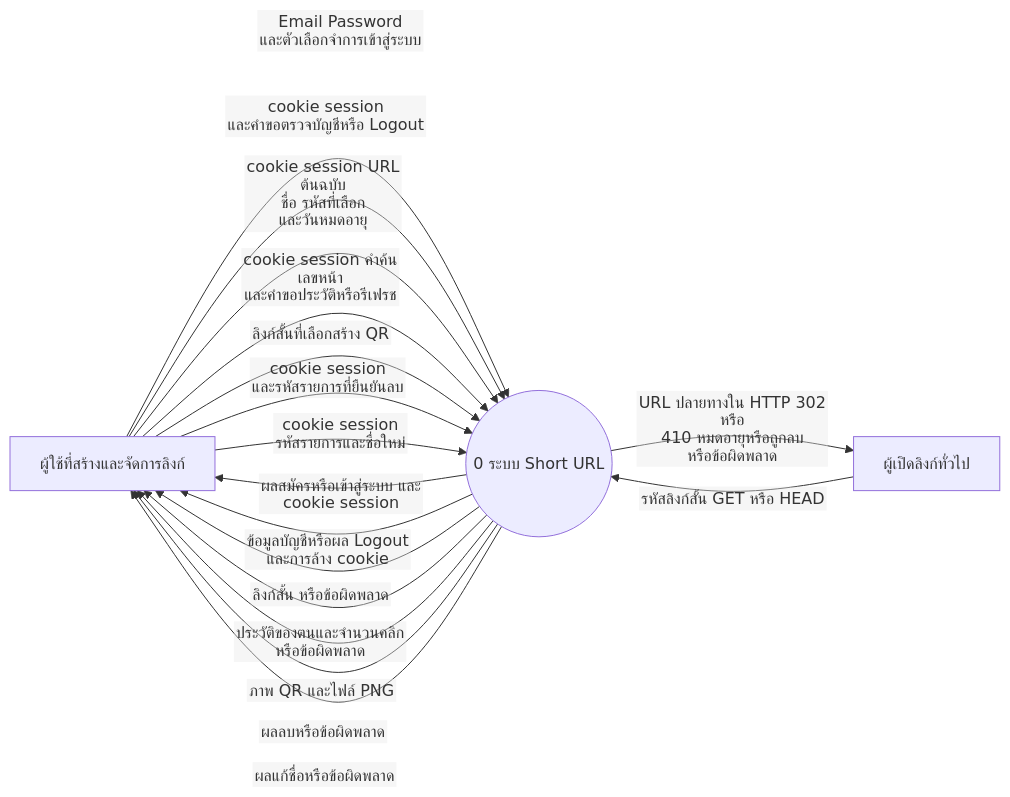
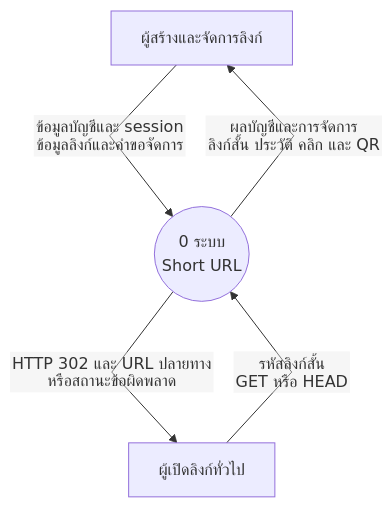
Before and after one commit to Nawaphon05/Short-Url: the first of 3 diagrams in docs/DFD.md, drawn with Mermaid. The commit also changed other lines of this file, not shown here.

Commit message:
จัด Context Diagram ให้อ่านง่ายและลดเส้นซ้อน

````diff
--- a/docs/DFD.md
+++ b/docs/DFD.md
@@ -10,23 +10,12 @@
 ```mermaid
-%%{init: {"flowchart": {"htmlLabels": false}}}%%
-flowchart LR
-    U["ผู้ใช้ที่สร้างและจัดการลิงก์"]
+%%{init: {"flowchart": {"htmlLabels": false, "curve": "linear", "nodeSpacing": 70, "rankSpacing": 100}}}%%
+flowchart TB
+    U["ผู้สร้างและจัดการลิงก์"]
+    P(("0 ระบบ<br/>Short URL"))
     V["ผู้เปิดลิงก์ทั่วไป"]
-    P(("0 ระบบ Short URL"))
-    U -->|"Email Password<br/>และตัวเลือกจำการเข้าสู่ระบบ"| P
-    P -->|"ผลสมัครหรือเข้าสู่ระบบ และ<br/>cookie session"| U
-    U -->|"cookie session<br/>และคำขอตรวจบัญชีหรือ Logout"| P
-    P -->|"ข้อมูลบัญชีหรือผล Logout<br/>และการล้าง cookie"| U
-    U -->|"cookie session URL ต้นฉบับ<br/>ชื่อ รหัสที่เลือก<br/>และวันหมดอายุ"| P
-    P -->|"ลิงก์สั้น หรือข้อผิดพลาด"| U
-    U -->|"cookie session คำค้น<br/>เลขหน้า<br/>และคำขอประวัติหรือรีเฟรช"| P
-    P -->|"ประวัติของตนและจำนวนคลิก<br/>หรือข้อผิดพลาด"| U
-    U -->|"ลิงก์สั้นที่เลือกสร้าง QR"| P
-    P -->|"ภาพ QR และไฟล์ PNG"| U
-    U -->|"cookie session<br/>และรหัสรายการที่ยืนยันลบ"| P
-    P -->|"ผลลบหรือข้อผิดพลาด"| U
-    U -->|"cookie session<br/>รหัสรายการและชื่อใหม่"| P
-    P -->|"ผลแก้ชื่อหรือข้อผิดพลาด"| U
-    V -->|"รหัสลิงก์สั้น GET หรือ HEAD"| P
-    P -->|"URL ปลายทางใน HTTP 302 หรือ<br/>410 หมดอายุหรือถูกลบ<br/>หรือข้อผิดพลาด"| V
+
+    U -->|"ข้อมูลบัญชีและ session<br/>ข้อมูลลิงก์และคำขอจัดการ"| P
+    P -->|"ผลบัญชีและการจัดการ<br/>ลิงก์สั้น ประวัติ คลิก และ QR"| U
+    V -->|"รหัสลิงก์สั้น<br/>GET หรือ HEAD"| P
+    P -->|"HTTP 302 และ URL ปลายทาง<br/>หรือสถานะข้อผิดพลาด"| V
 ```
````
